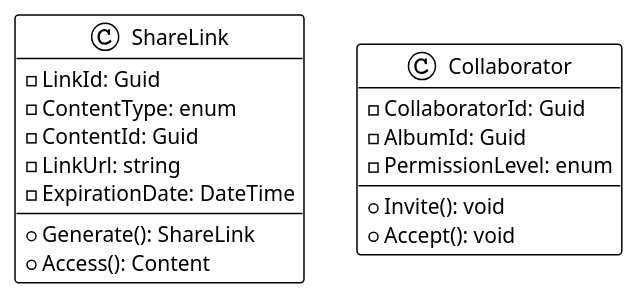
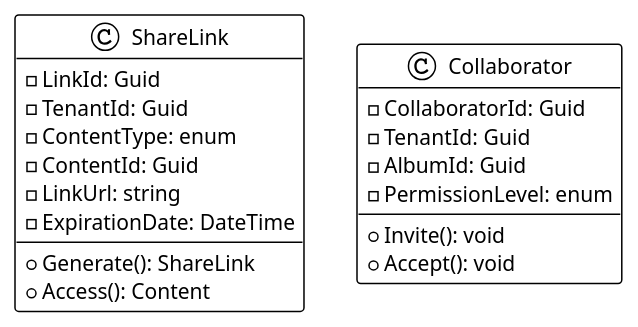
The diagram in FamilyPhotoAlbumOrganizer/docs/specs/diagrams/sharing-class-diagram.puml (QuinntyneBrown/Apps), drawn with PlantUML before and after one commit. The commit also changed 474 other files, not shown here.

```diff
--- a/FamilyPhotoAlbumOrganizer/docs/specs/diagrams/sharing-class-diagram.puml
+++ b/FamilyPhotoAlbumOrganizer/docs/specs/diagrams/sharing-class-diagram.puml
@@ -1,19 +1,21 @@
 @startuml Sharing Classes
 !theme plain
 class ShareLink {
   - LinkId: Guid
+  - TenantId: Guid
   - ContentType: enum
   - ContentId: Guid
   - LinkUrl: string
   - ExpirationDate: DateTime
   + Generate(): ShareLink
   + Access(): Content
 }
 class Collaborator {
   - CollaboratorId: Guid
+  - TenantId: Guid
   - AlbumId: Guid
   - PermissionLevel: enum
   + Invite(): void
   + Accept(): void
 }
 @enduml
```
